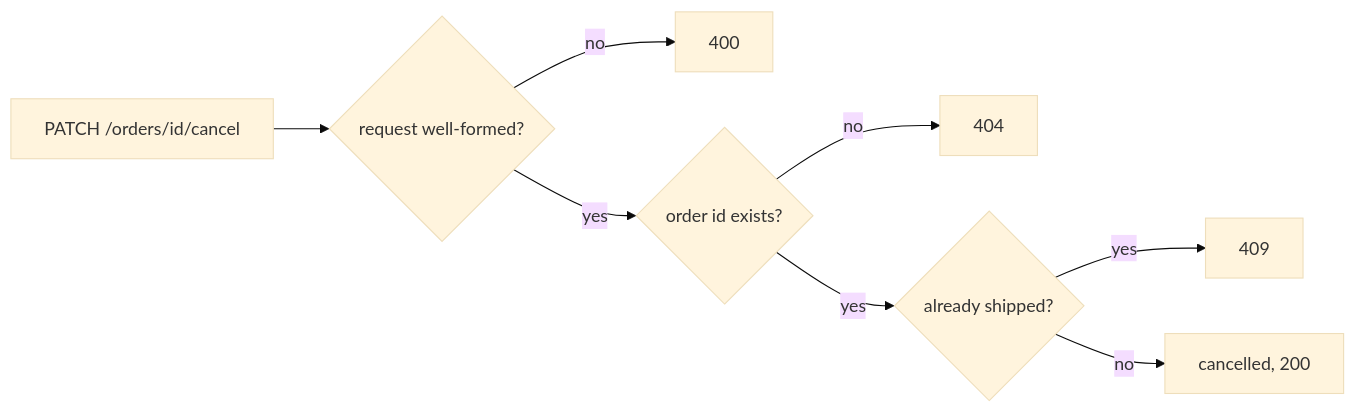
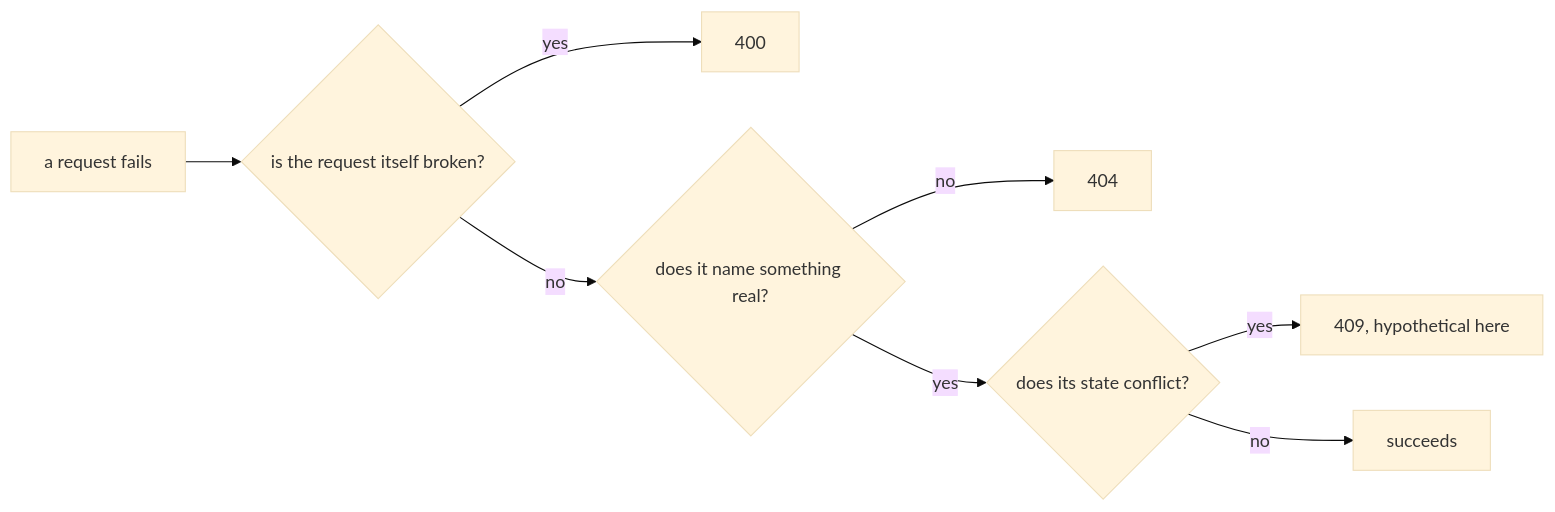
The diagram in content/tracks/backend/validation-errors-logging/backend.l1.choosing-an-error-status.en.md (duyan11110/lo-trinh-architect), drawn with Mermaid (base theme) before and after one commit. The commit also changed other lines of this file and 4 other files, not shown here.

````diff
--- a/content/tracks/backend/validation-errors-logging/backend.l1.choosing-an-error-status.en.md
+++ b/content/tracks/backend/validation-errors-logging/backend.l1.choosing-an-error-status.en.md
@@ -40,10 +40,10 @@
 ```mermaid
 flowchart LR
-  A[PATCH /orders/id/cancel] --> B{request well-formed?}
-  B -->|no| C[400]
-  B -->|yes| D{order id exists?}
+  A[a request fails] --> B{is the request itself broken?}
+  B -->|yes| C[400]
+  B -->|no| D{does it name something real?}
   D -->|no| E[404]
-  D -->|yes| F{already shipped?}
-  F -->|yes| G[409]
-  F -->|no| H[cancelled, 200]
+  D -->|yes| F{does its state conflict?}
+  F -->|yes| G[409, hypothetical here]
+  F -->|no| H[succeeds]
 ```
````
